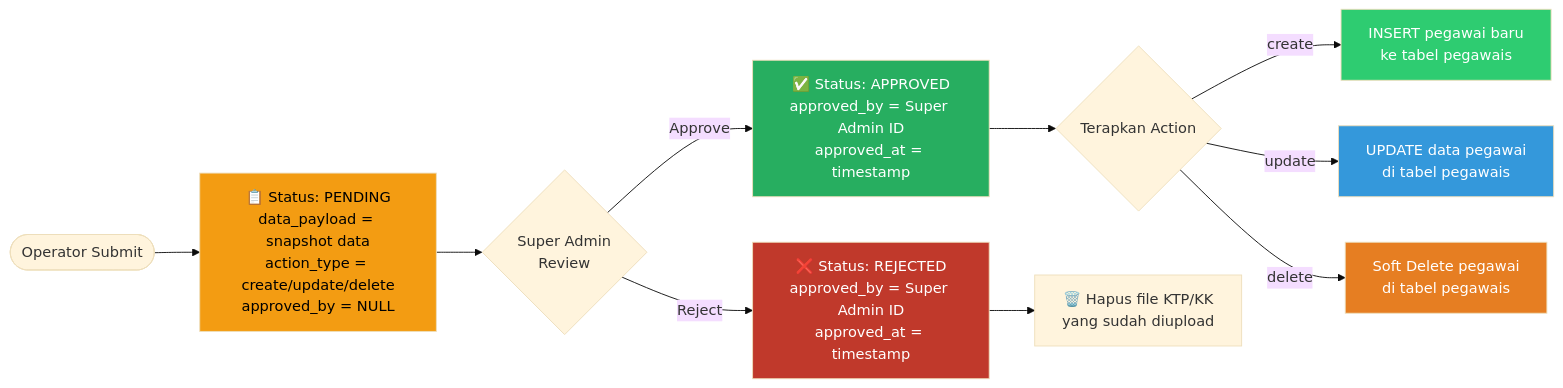
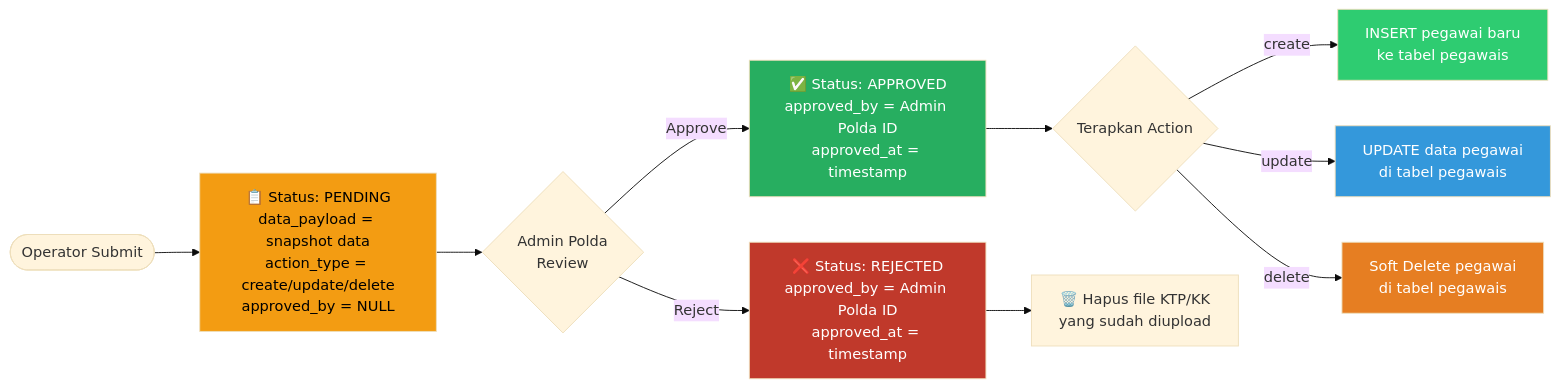
The sixth of 6 diagrams in flow-design.md (rickyaaaa/sistem-informasi-pegawai), drawn with Mermaid (base theme) before and after one commit. The commit also changed other lines of this file and 41 other files, not shown here.

````diff
--- a/flow-design.md
+++ b/flow-design.md
@@ -244,23 +244,23 @@
 ```mermaid
 flowchart LR
     START(["Operator Submit"]) --> PENDING["📋 Status: PENDING\ndata_payload = snapshot data\naction_type = create/update/delete\napproved_by = NULL"]
 
-    PENDING --> REVIEW{"Super Admin\nReview"}
+    PENDING --> REVIEW{"Admin Polda\nReview"}
 
-    REVIEW -- Approve --> APPROVED["✅ Status: APPROVED\napproved_by = Super Admin ID\napproved_at = timestamp"]
-    REVIEW -- Reject --> REJECTED["❌ Status: REJECTED\napproved_by = Super Admin ID\napproved_at = timestamp"]
+    REVIEW -- Approve --> APPROVED["✅ Status: APPROVED\napproved_by = Admin Polda ID\napproved_at = timestamp"]
+    REVIEW -- Reject --> REJECTED["❌ Status: REJECTED\napproved_by = Admin Polda ID\napproved_at = timestamp"]
 
     APPROVED --> APPLY_ACTION{"Terapkan Action"}
     APPLY_ACTION -- create --> DO_CREATE["INSERT pegawai baru\nke tabel pegawais"]
     APPLY_ACTION -- update --> DO_UPDATE["UPDATE data pegawai\ndi tabel pegawais"]
     APPLY_ACTION -- delete --> DO_DELETE["Soft Delete pegawai\ndi tabel pegawais"]
 
     REJECTED --> CLEANUP["🗑️ Hapus file KTP/KK\nyang sudah diupload"]
 
     style PENDING fill:#f39c12,color:#000
     style APPROVED fill:#27ae60,color:#fff
     style REJECTED fill:#c0392b,color:#fff
     style DO_CREATE fill:#2ecc71,color:#fff
     style DO_UPDATE fill:#3498db,color:#fff
     style DO_DELETE fill:#e67e22,color:#fff
 ```
````
